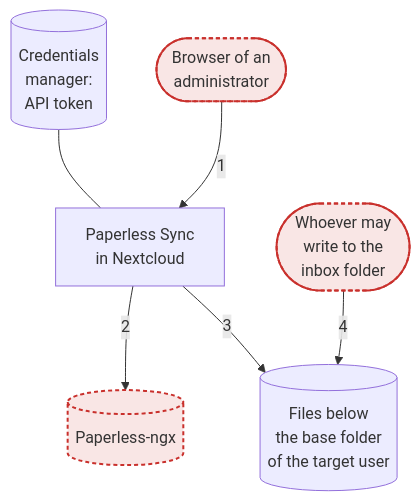
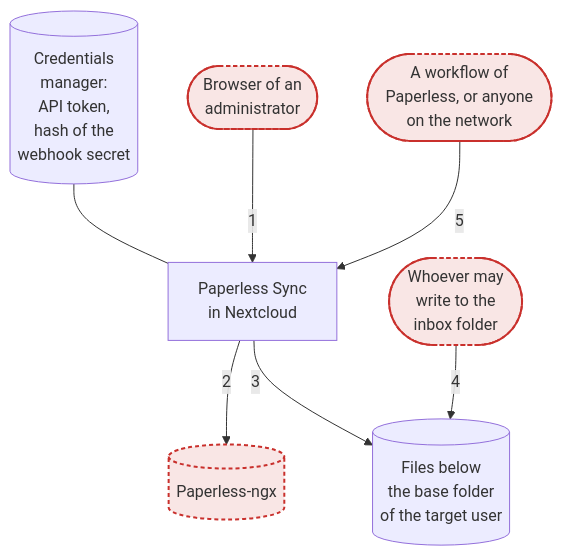
One commit to Dennis-Otto/paperless-sync changed the diagram in docs/diagrams/the-trust-boundaries-of-paperless-sync.mmd. Above: the diagram before and after it, drawn with Mermaid. The commit also changed 76 other files, not shown here.

First line of the commit message:
feat: near-real-time sync through a Paperless workflow webhook (#179)

```diff
--- a/docs/diagrams/the-trust-boundaries-of-paperless-sync.mmd
+++ b/docs/diagrams/the-trust-boundaries-of-paperless-sync.mmd
@@ -1,19 +1,21 @@
 flowchart TB
     accTitle: The trust boundaries of Paperless Sync
-    accDescr: Four numbered arrows cross a trust boundary. 1: the browser of an administrator sends requests to Paperless Sync in Nextcloud. 2: the app calls Paperless-ngx. 3: the app writes the files below the base folder of the target user. 4: whoever may write to the inbox folder puts files there. The app keeps the API token in the credentials manager. The browser, the writers of the inbox and Paperless-ngx are untrusted and have a dashed red border.
+    accDescr: Five numbered arrows cross a trust boundary. 1: the browser of an administrator sends requests to Paperless Sync in Nextcloud. 2: the app calls Paperless-ngx. 3: the app writes the files below the base folder of the target user. 4: whoever may write to the inbox folder puts files there. 5: a workflow of Paperless-ngx, or anyone on the network, calls the webhook of the app. The app keeps the API token and the hash of the secret of the webhook in the credentials manager. The browser, the writers of the inbox, Paperless-ngx and the callers of the webhook are untrusted and have a dashed red border.
 
-    credentials[("Credentials<br>manager:<br>API token")]
+    credentials[("Credentials<br>manager:<br>API token,<br>hash of the<br>webhook secret")]
     browser(["Browser of an<br>administrator"])
+    callers(["A workflow of<br>Paperless, or anyone<br>on the network"])
     app["Paperless Sync<br>in Nextcloud"]
     writers(["Whoever may<br>write to the<br>inbox folder"])
     paperless[("Paperless-ngx")]
     files[("Files below<br>the base folder<br>of the target user")]
 
     credentials --- app
     browser -- "1" --> app
+    callers -- "5" --> app
     app -- "2" --> paperless
     app -- "3" --> files
     writers -- "4" --> files
 
     classDef untrusted fill:#c9302c1f,stroke:#c9302c,stroke-width:2px,stroke-dasharray:4 3
-    class browser,writers,paperless untrusted
+    class browser,callers,writers,paperless untrusted
```
